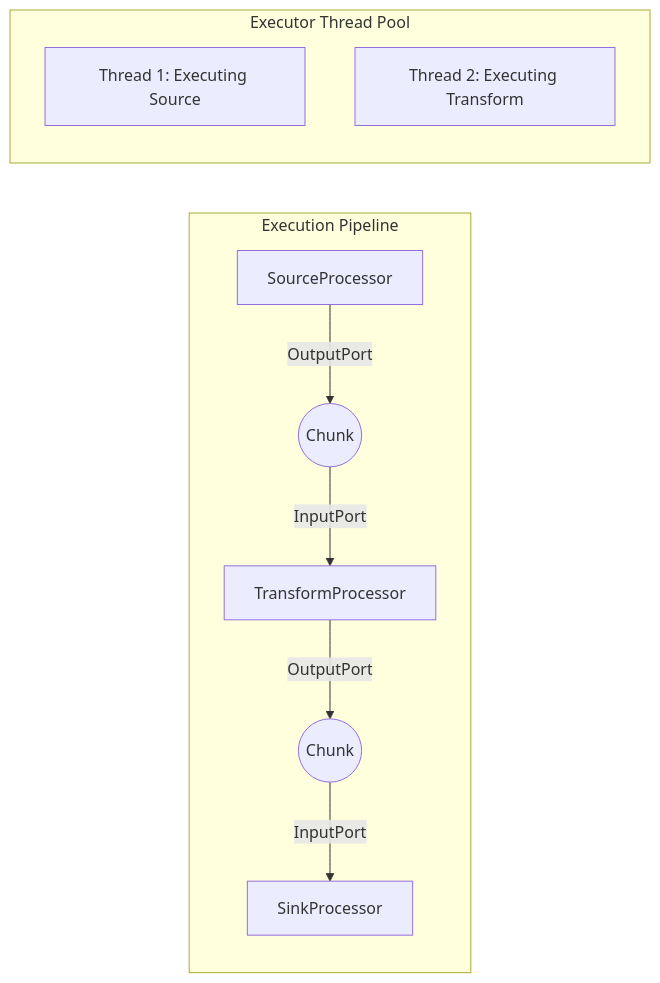
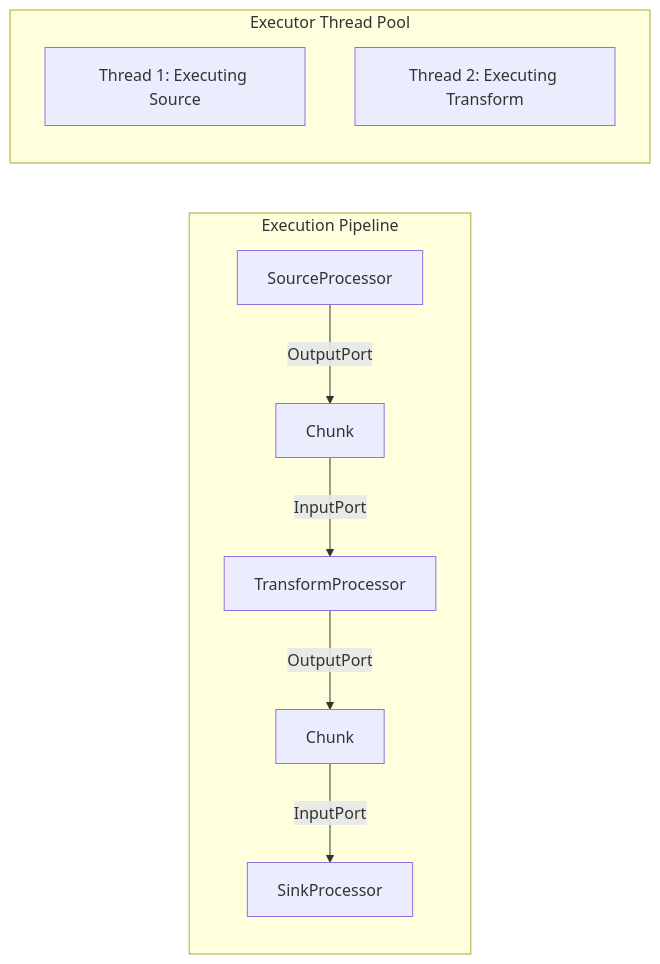
Before and after one commit to valerypetrov/clickhouse-dev-guide: the third of 3 diagrams in Analyzer/analyzer_pipeline.md, drawn with Mermaid. The commit also changed other lines of this file and 4 other files, not shown here.

Commit message:
Quote node labels in Mermaid diagrams to fix GitHub rendering parse errors

````diff
--- a/Analyzer/analyzer_pipeline.md
+++ b/Analyzer/analyzer_pipeline.md
@@ -123,14 +123,14 @@
 ```mermaid
 graph LR
     subgraph Execution Pipeline
-    P1[SourceProcessor] -- OutputPort --> I1((Chunk))
+    P1[SourceProcessor] -- OutputPort --> I1["Chunk"]
     I1 -- InputPort --> P2[TransformProcessor]
-    P2 -- OutputPort --> I2((Chunk))
+    P2 -- OutputPort --> I2["Chunk"]
     I2 -- InputPort --> P3[SinkProcessor]
     end
     
     subgraph Executor Thread Pool
-    T1[Thread 1: Executing Source]
-    T2[Thread 2: Executing Transform]
+    T1["Thread 1: Executing Source"]
+    T2["Thread 2: Executing Transform"]
     end
 ```
````
